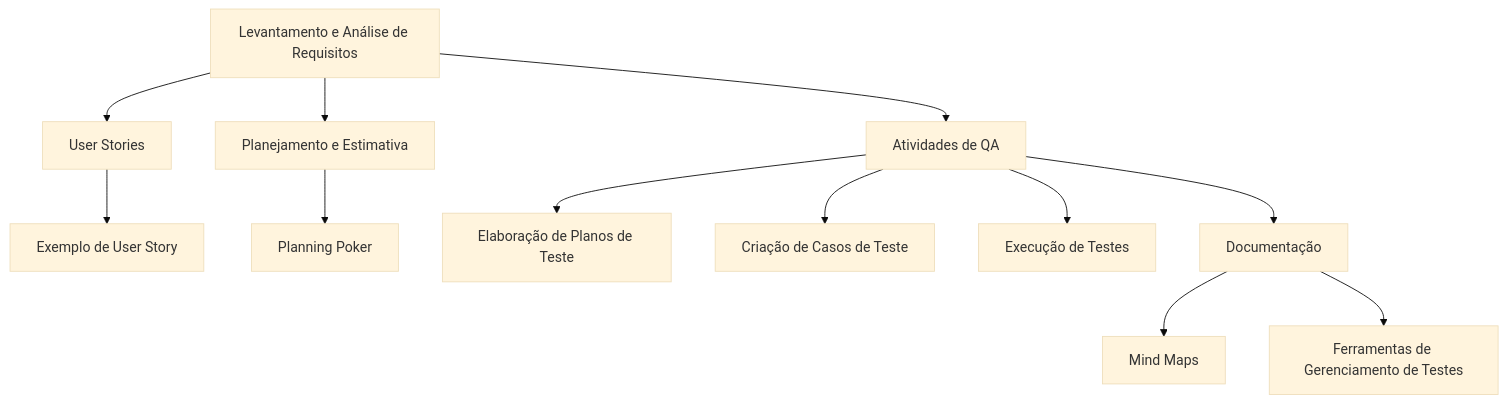
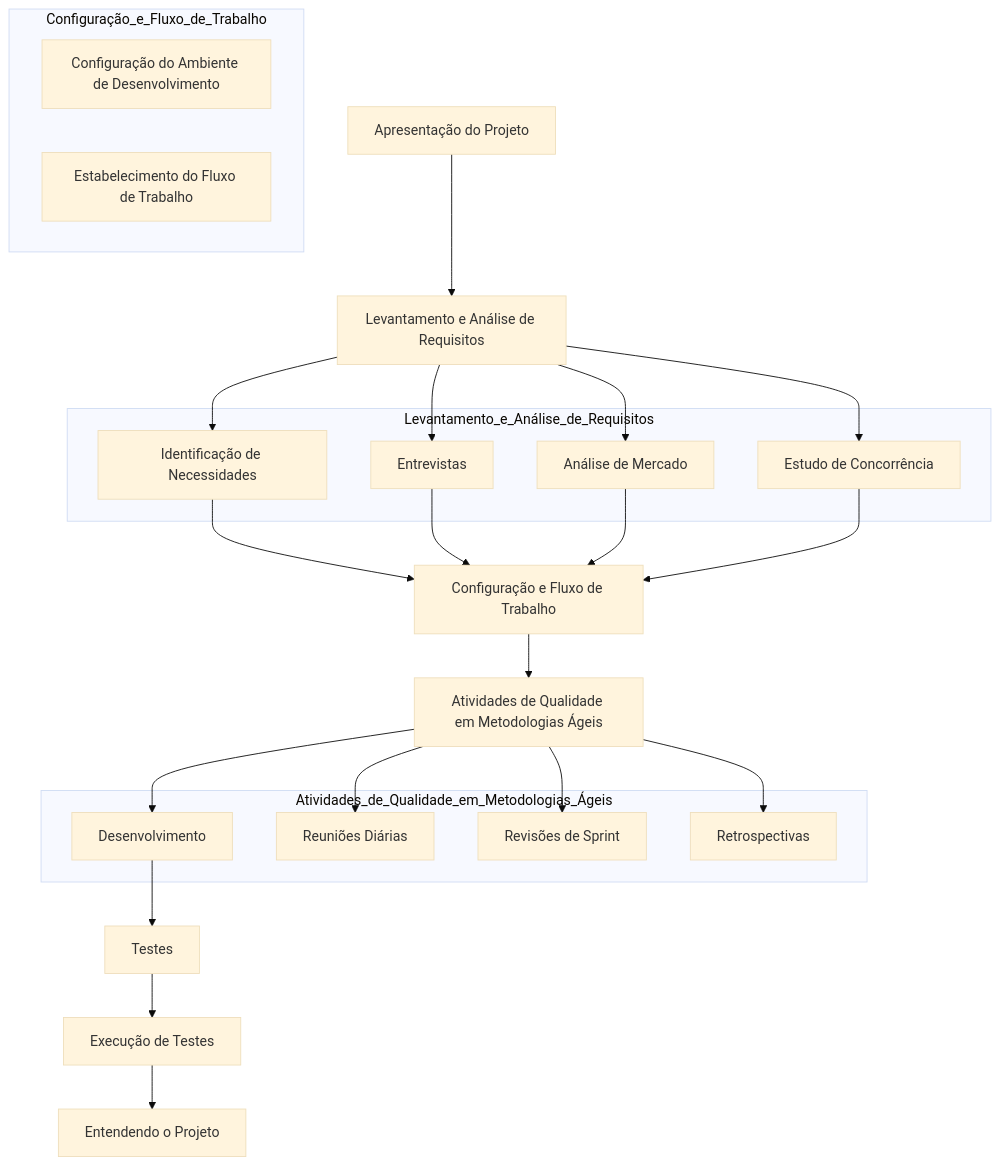
One commit to Daniel-Gehlen/qa-project changed the first of 7 diagrams in README.md. Above: the diagram before and after it, drawn with Mermaid (base theme). The commit also changed other lines of this file, not shown here.

````diff
--- a/README.md
+++ b/README.md
@@ -1,14 +3,47 @@
 ```mermaid
-graph TD;
-    A[Levantamento e Análise de Requisitos] --> B[User Stories];
-    B --> C[Exemplo de User Story];
-    A --> D[Planejamento e Estimativa];
-    D --> E[Planning Poker];
-    A --> F[Atividades de QA];
-    F --> G[Elaboração de Planos de Teste];
-    F --> H[Criação de Casos de Teste];
-    F --> I[Execução de Testes];
-    F --> J[Documentação];
-    J --> K[Mind Maps];
-    J --> L[Ferramentas de Gerenciamento de Testes];
+flowchart TD
+  A[Apresentação do Projeto]
+  B[Levantamento e Análise de Requisitos]
+  C[Configuração e Fluxo de Trabalho]
+  D[Atividades de Qualidade em Metodologias Ágeis]
+  E[Testes]
+  F[Execução de Testes]
+  G[Entendendo o Projeto]
+
+subgraph Levantamento_e_Análise_de_Requisitos
+  B1[Identificação de Necessidades]
+  B2[Entrevistas]
+  B3[Análise de Mercado]
+  B4[Estudo de Concorrência]
+end
+
+subgraph Configuração_e_Fluxo_de_Trabalho
+  C1[Configuração do Ambiente de Desenvolvimento]
+  C2[Estabelecimento do Fluxo de Trabalho]
+end
+
+subgraph Atividades_de_Qualidade_em_Metodologias_Ágeis
+  D1[Desenvolvimento]
+  D2[Reuniões Diárias]
+  D3[Revisões de Sprint]
+  D4[Retrospectivas]
+end
+
+A --> B
+B --> B1
+B --> B2
+B --> B3
+B --> B4
+B1 --> C
+B2 --> C
+B3 --> C
+B4 --> C
+C --> D
+D --> D1
+D --> D2
+D --> D3
+D --> D4
+D1 --> E
+E --> F
+F --> G
 ```
````
